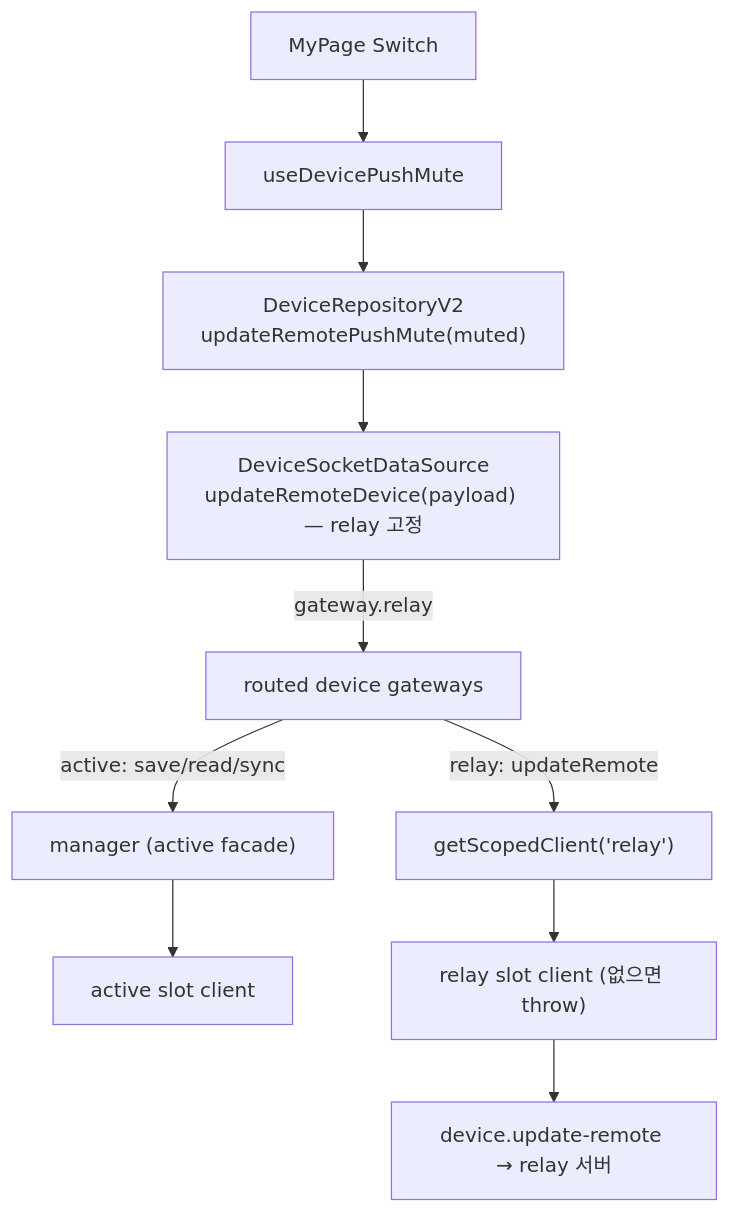
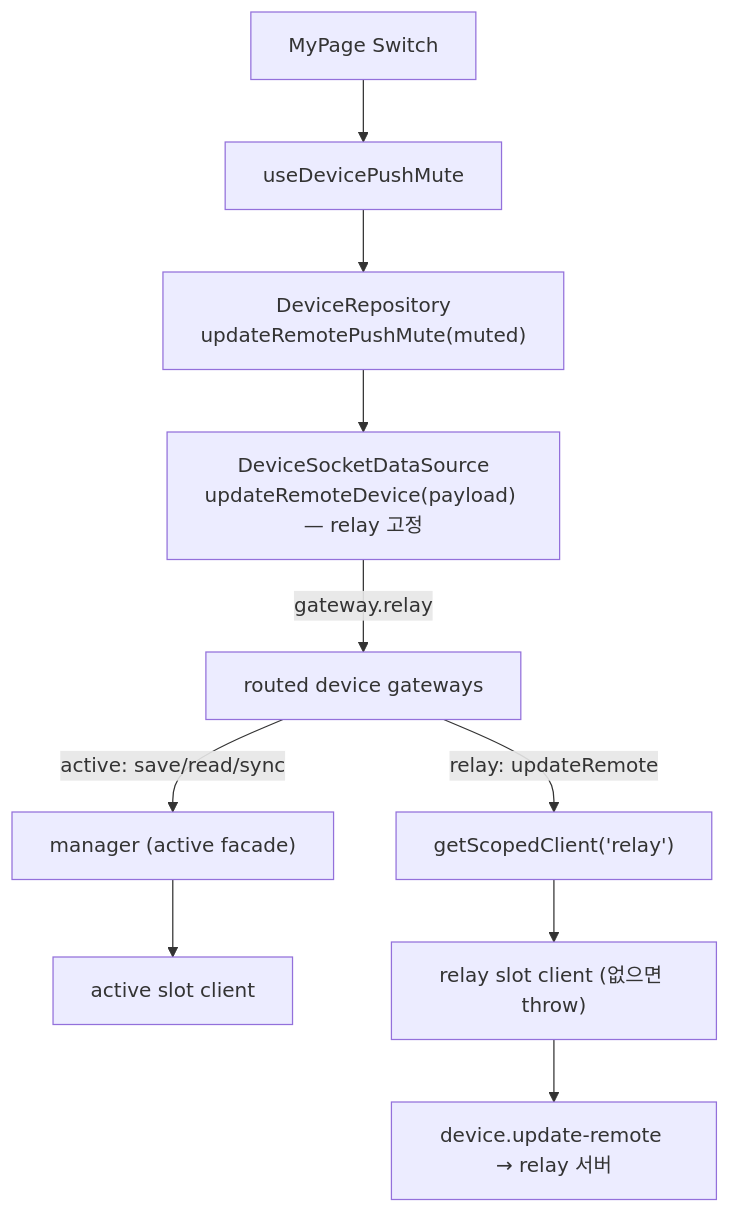
The first of 2 diagrams in libs/app-runtime/docs/socket/kind-scoped-routing.md (lemoncloud-io/dou-app), drawn with Mermaid before and after one commit. The commit also changed other lines of this file and 86 other files, not shown here.

````diff
--- a/libs/app-runtime/docs/socket/kind-scoped-routing.md
+++ b/libs/app-runtime/docs/socket/kind-scoped-routing.md
@@ -108,12 +108,12 @@
 ```mermaid
 flowchart TD
   UI["MyPage Switch"] --> H["useDevicePushMute"]
-  H --> R["DeviceRepositoryV2<br/>updateRemotePushMute(muted)"]
+  H --> R["DeviceRepository<br/>updateRemotePushMute(muted)"]
   R --> DS["DeviceSocketDataSource<br/>updateRemoteDevice(payload) — relay 고정"]
   DS -->|"gateway.relay"| G["routed device gateways"]
   G -->|active: save/read/sync| FA["manager (active facade)"]
   G -->|relay: updateRemote| FR["getScopedClient('relay')"]
   FA --> AC["active slot client"]
   FR --> RC["relay slot client (없으면 throw)"]
   RC --> WS["device.update-remote → relay 서버"]
 ```
````
